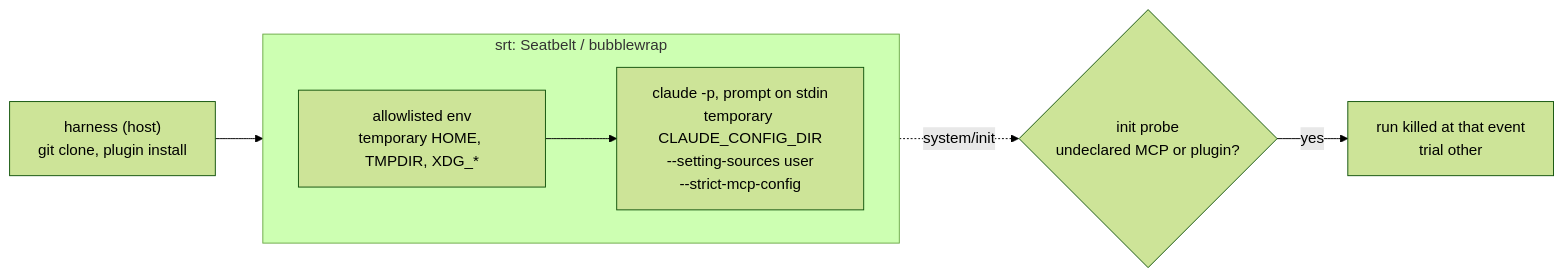
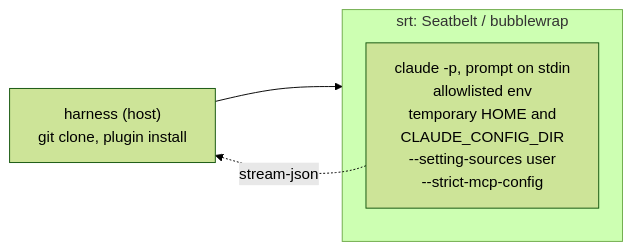
Before and after one commit to Luce-Florian/proctor: the first of 2 diagrams in docs/agents/claude-code/index.md, drawn with Mermaid (forest theme). The commit also changed other lines of this file and 23 other files, not shown here.

First line of the commit message:
docs: show the lifecycle, the judge, the sandbox and the reports as diagrams

````diff
--- a/docs/agents/claude-code/index.md
+++ b/docs/agents/claude-code/index.md
@@ -5,11 +5,8 @@
 ```mermaid
 flowchart LR
     H["harness (host)<br/>git clone, plugin install"] --> S
     subgraph S["srt: Seatbelt / bubblewrap"]
-        direction LR
-        E["allowlisted env<br/>temporary HOME, TMPDIR, XDG_*"] --> C
-        C["claude -p, prompt on stdin<br/>temporary CLAUDE_CONFIG_DIR<br/>--setting-sources user<br/>--strict-mcp-config"]
+        C["claude -p, prompt on stdin<br/>allowlisted env<br/>temporary HOME and<br/>CLAUDE_CONFIG_DIR<br/>--setting-sources user<br/>--strict-mcp-config"]
     end
-    C -. "system/init" .-> P{"init probe<br/>undeclared MCP or plugin?"}
-    P -->|yes| O["run killed at that event<br/>trial other"]
+    C -. "stream-json" .-> H
 ```
````
